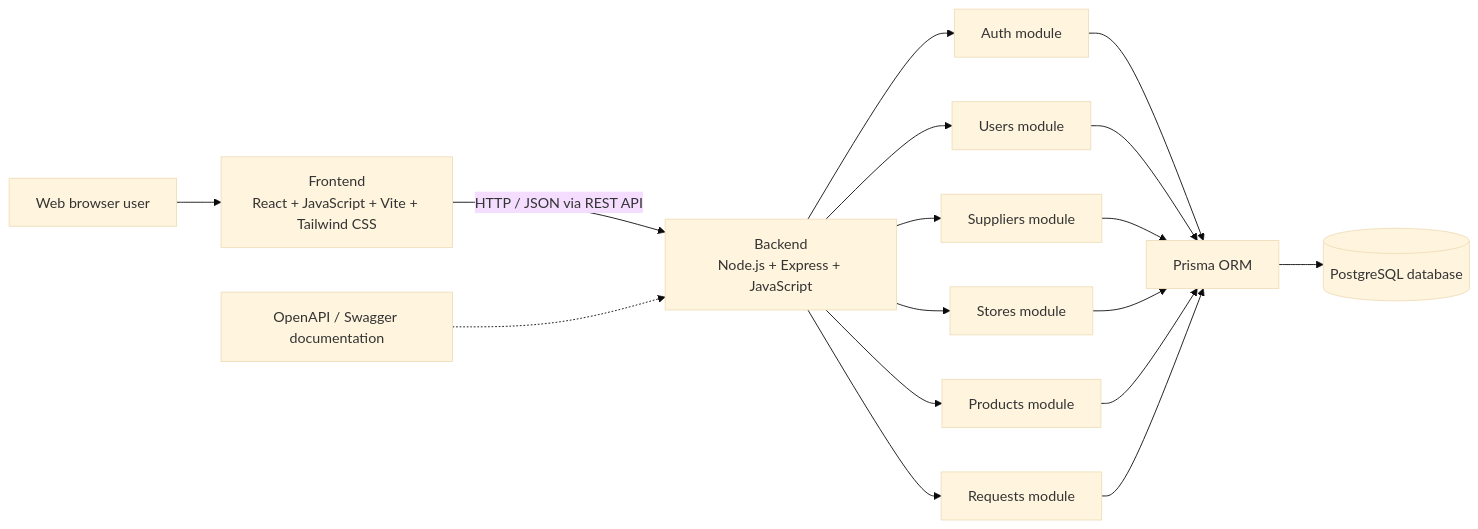
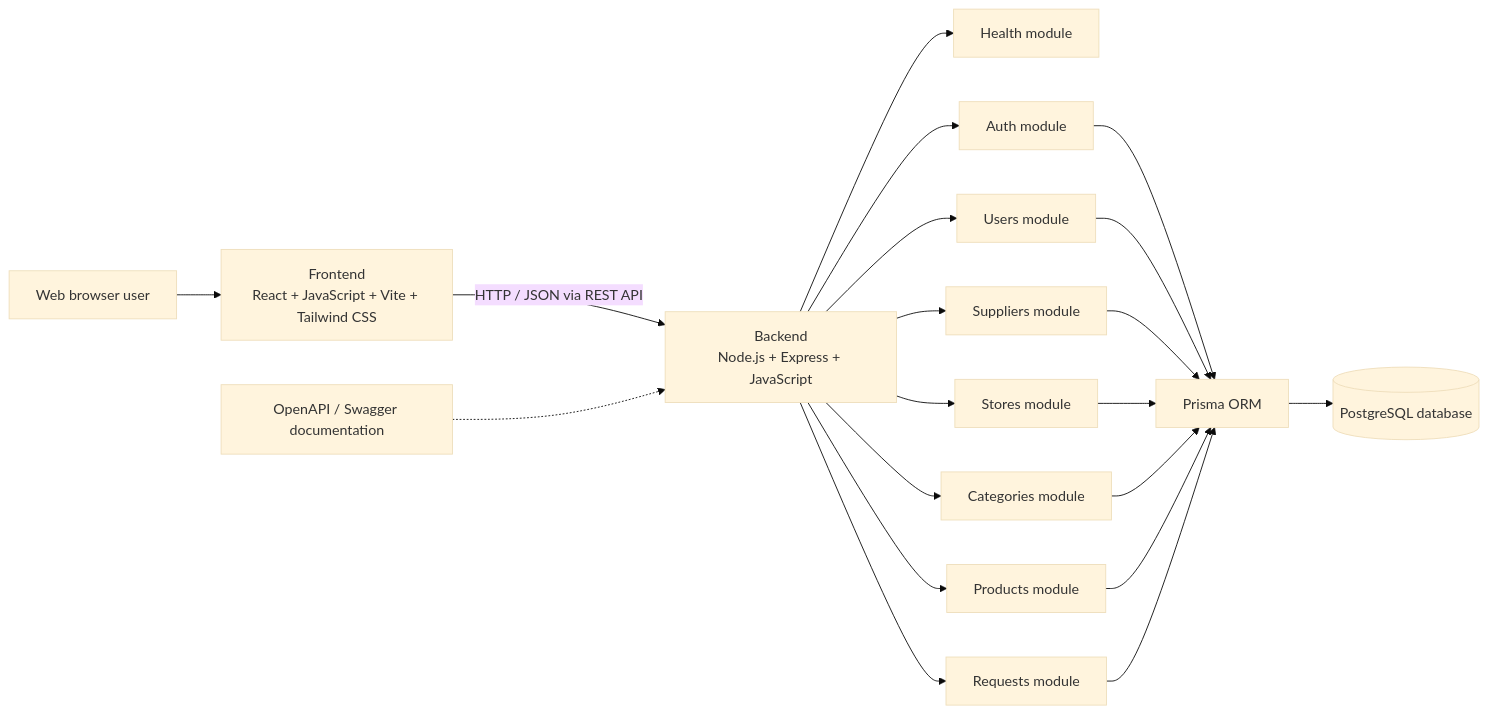
The second of 3 diagrams in README.md (Antgst/Kerno-MVP), drawn with Mermaid (base theme) before and after one commit. The commit also changed other lines of this file and 2 other files, not shown here.

````diff
--- a/README.md
+++ b/README.md
@@ -607,23 +607,26 @@
 ```mermaid
 flowchart LR
     U[Web browser user] --> F[Frontend<br/>React + JavaScript + Vite + Tailwind CSS]
     F -->|HTTP / JSON via REST API| B[Backend<br/>Node.js + Express + JavaScript]
 
+    B --> H[Health module]
     B --> A[Auth module]
     B --> US[Users module]
     B --> SP[Suppliers module]
     B --> ST[Stores module]
+    B --> C[Categories module]
     B --> P[Products module]
     B --> R[Requests module]
 
     A --> PR[Prisma ORM]
     US --> PR
     SP --> PR
     ST --> PR
+    C --> PR
     P --> PR
     R --> PR
 
     PR --> DB[(PostgreSQL database)]
 
     DOC[OpenAPI / Swagger documentation] -.-> B
 ```
````
